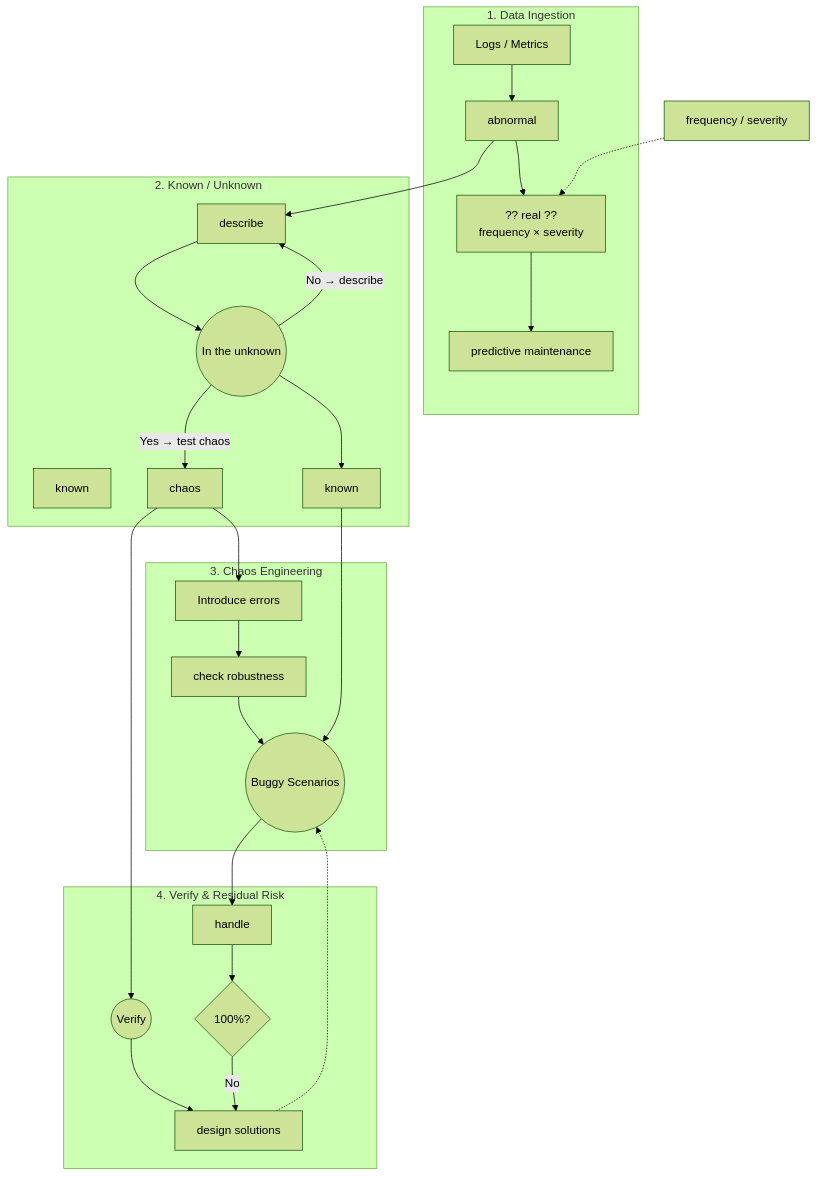
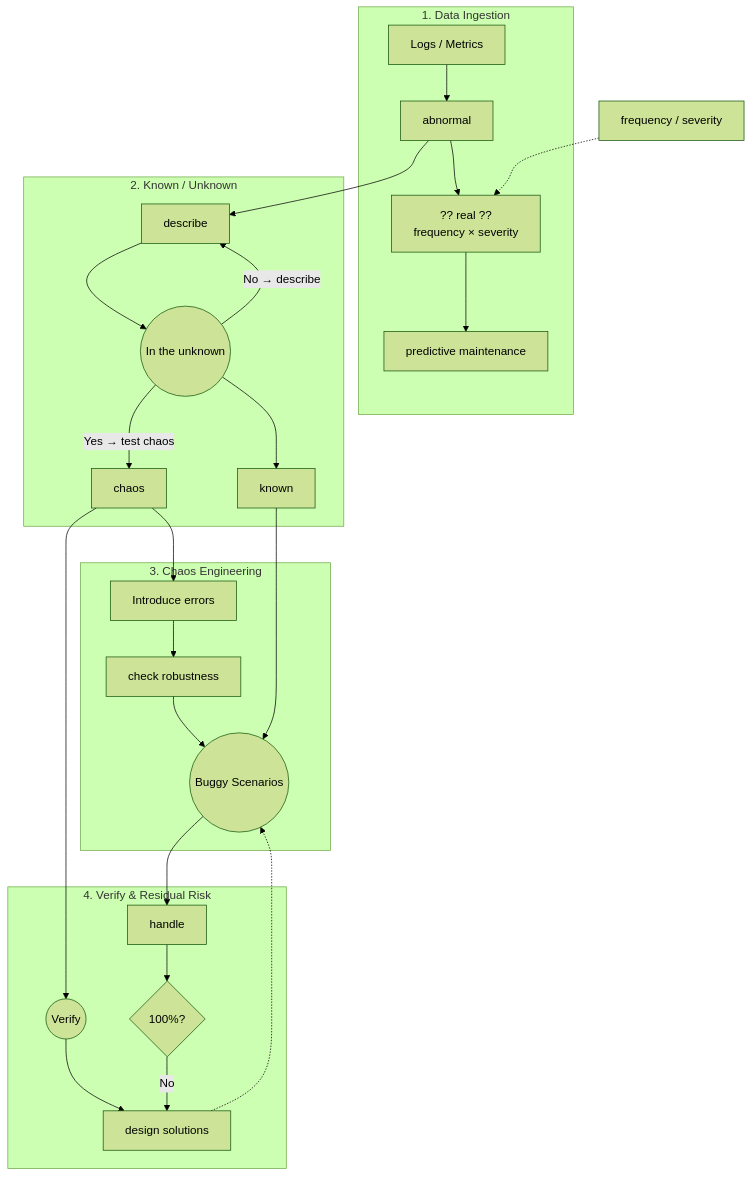
The first of 3 diagrams in docs/pipeline-framework.md (minhduckd5/AIO-Chaos-Tool), drawn with Mermaid (forest theme) before and after one commit. The commit also changed other lines of this file and 33 other files, not shown here.

````diff
--- a/docs/pipeline-framework.md
+++ b/docs/pipeline-framework.md
@@ -14,42 +34,42 @@
 ```mermaid
 flowchart TD
     subgraph INGEST["1. Data Ingestion"]
         LOGS[Logs / Metrics]
         ABN[abnormal]
         GATE["?? real ??<br/>frequency × severity"]
         PM[predictive maintenance]
         LOGS --> ABN --> GATE --> PM
     end
 
     subgraph CLASSIFY["2. Known / Unknown"]
         DESC[describe]
         UNK(("In the unknown"))
         KNOWN[known]
         ABN --> DESC --> UNK
         UNK -->|Yes → test chaos| CHAOS
         UNK -->|No → describe| DESC
-        UNK --> known
+        UNK --> KNOWN
     end
 
     subgraph CHAOS_PIPE["3. Chaos Engineering"]
         CHAOS[chaos]
         INJ[Introduce errors]
         ROB[check robustness]
         BS(("Buggy Scenarios"))
         CHAOS --> INJ --> ROB --> BS
-        known --> BS
+        KNOWN --> BS
     end
 
     subgraph VERIFY_LOOP["4. Verify & Residual Risk"]
         VER(("Verify"))
         DS[design solutions]
         HANDLE[handle]
         Q100{"100%?"}
         CHAOS --> VER --> DS
         BS --> HANDLE --> Q100
         Q100 -->|No| DS
         DS -.-> BS
     end
 
     FREQ[frequency / severity] -.-> GATE
 ```
````
